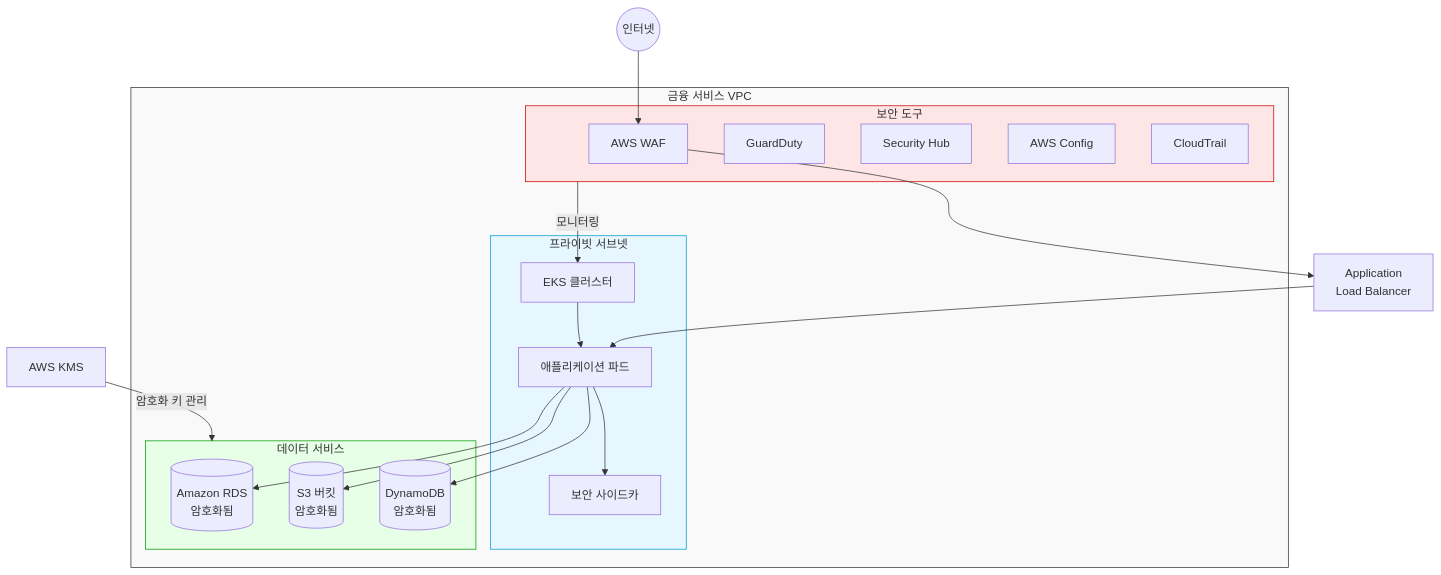
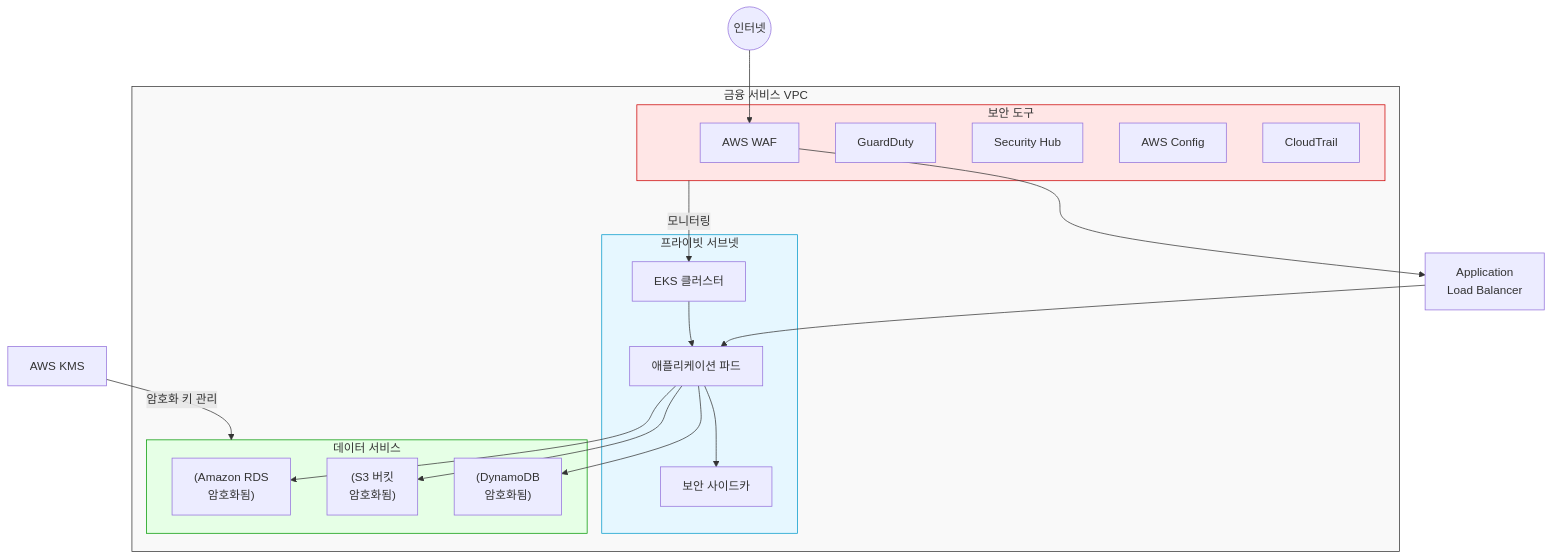
Before and after one commit to Atom-oh/kubernetes-docs: the eighth of 8 diagrams in eks/05-eks-security.md, drawn with Mermaid. The commit also changed other lines of this file and 10 other files, not shown here.

Commit message:
mermaid endline update

````diff
--- a/eks/05-eks-security.md
+++ b/eks/05-eks-security.md
@@ -939,41 +958,45 @@
 ```mermaid
 flowchart TD
     subgraph VPC["금융 서비스 VPC"]
         subgraph PrivateSubnets["프라이빗 서브넷"]
             EKS[EKS 클러스터]
             EKS --> AppPods[애플리케이션 파드]
             AppPods --> SecPods[보안 사이드카]
         end
         
         subgraph SecurityTools["보안 도구"]
             WAF[AWS WAF]
             GuardDuty[GuardDuty]
             SecurityHub[Security Hub]
             Config[AWS Config]
             CloudTrail[CloudTrail]
         end
         
         subgraph DataServices["데이터 서비스"]
-            RDS[(Amazon RDS\n암호화됨)]
-            S3[(S3 버킷\n암호화됨)]
-            DynamoDB[(DynamoDB\n암호화됨)]
+            RDS["(Amazon RDS
+                암호화됨)"]
+            S3["(S3 버킷
+                암호화됨)"]
+            DynamoDB["(DynamoDB
+                암호화됨)"]
         end
     end
     
     Internet((인터넷)) --> WAF
-    WAF --> ALB[Application\nLoad Balancer]
+    WAF --> ALB["Application
+                Load Balancer"]
     ALB --> AppPods
     
     AppPods --> RDS
     AppPods --> S3
     AppPods --> DynamoDB
     
     SecurityTools --> |모니터링| EKS
     
     KMS[AWS KMS] --> |암호화 키 관리| DataServices
     
     style VPC fill:#f9f9f9,stroke:#333,stroke-width:1px
     style PrivateSubnets fill:#e6f7ff,stroke:#0099cc,stroke-width:1px
     style SecurityTools fill:#ffe6e6,stroke:#cc0000,stroke-width:1px
     style DataServices fill:#e6ffe6,stroke:#009900,stroke-width:1px
 ```
````
